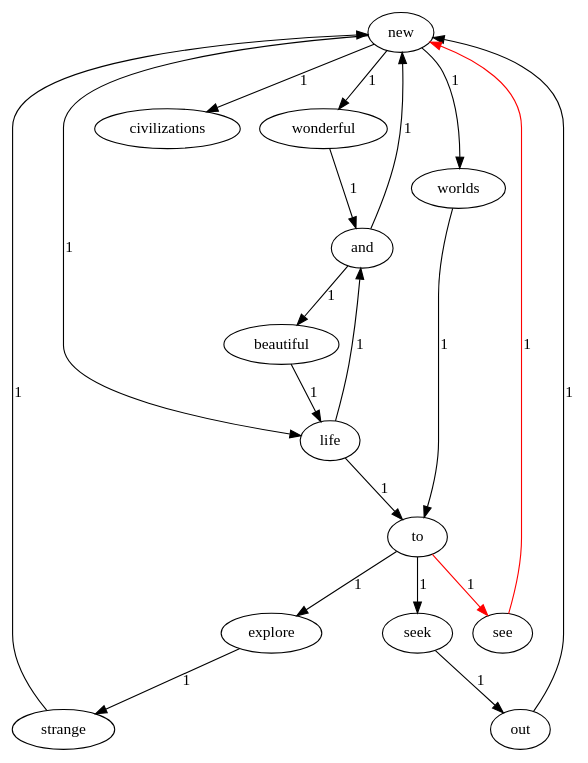
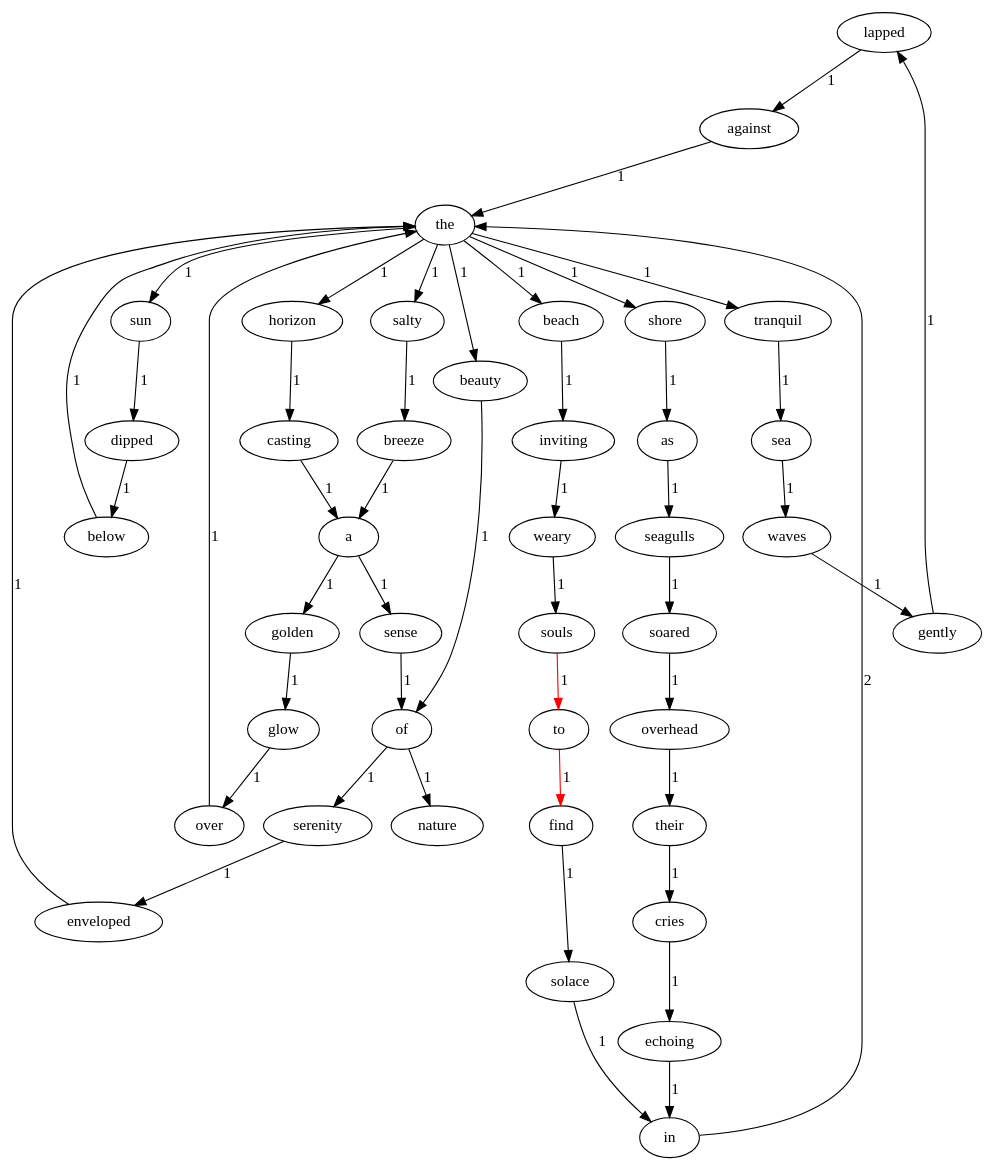
The diagram in result/marked_graph_all.dot (worldofmathematics/Lab1-2021113314), drawn with Graphviz before and after one commit. The commit also changed 15 other files, not shown here.

```diff
--- a/result/marked_graph_all.dot
+++ b/result/marked_graph_all.dot
@@ -1,21 +1,49 @@
 digraph G {
-	new -> worlds [label="1"];
-	new -> wonderful [label="1"];
-	new -> civilizations [label="1"];
-	new -> life [label="1"];
-	worlds -> to [label="1"];
-	explore -> strange [label="1"];
-	wonderful -> and [label="1"];
-	seek -> out [label="1"];
-	strange -> new [label="1"];
-	life -> and [label="1"];
-	life -> to [label="1"];
-	out -> new [label="1"];
-	beautiful -> life [label="1"];
-	see -> new [label="1"] [color=red];
-	and -> new [label="1"];
-	and -> beautiful [label="1"];
-	to -> see [label="1"] [color=red];
-	to -> explore [label="1"];
-	to -> seek [label="1"];
+	lapped -> against [label="1"];
+	serenity -> enveloped [label="1"];
+	dipped -> below [label="1"];
+	beauty -> of [label="1"];
+	against -> the [label="1"];
+	their -> cries [label="1"];
+	enveloped -> the [label="1"];
+	sun -> dipped [label="1"];
+	sea -> waves [label="1"];
+	find -> solace [label="1"];
+	of -> serenity [label="1"];
+	of -> nature [label="1"];
+	golden -> glow [label="1"];
+	casting -> a [label="1"];
+	over -> the [label="1"];
+	waves -> gently [label="1"];
+	cries -> echoing [label="1"];
+	a -> golden [label="1"];
+	a -> sense [label="1"];
+	salty -> breeze [label="1"];
+	inviting -> weary [label="1"];
+	below -> the [label="1"];
+	in -> the [label="2"];
+	overhead -> their [label="1"];
+	weary -> souls [label="1"];
+	shore -> as [label="1"];
+	souls -> to [label="1"] [color=red];
+	tranquil -> sea [label="1"];
+	sense -> of [label="1"];
+	soared -> overhead [label="1"];
+	breeze -> a [label="1"];
+	echoing -> in [label="1"];
+	the -> salty [label="1"];
+	the -> horizon [label="1"];
+	the -> beauty [label="1"];
+	the -> beach [label="1"];
+	the -> shore [label="1"];
+	the -> tranquil [label="1"];
+	the -> sun [label="1"];
+	horizon -> casting [label="1"];
+	as -> seagulls [label="1"];
+	seagulls -> soared [label="1"];
+	gently -> lapped [label="1"];
+	beach -> inviting [label="1"];
+	to -> find [label="1"] [color=red];
+	glow -> over [label="1"];
+	solace -> in [label="1"];
 }
```
